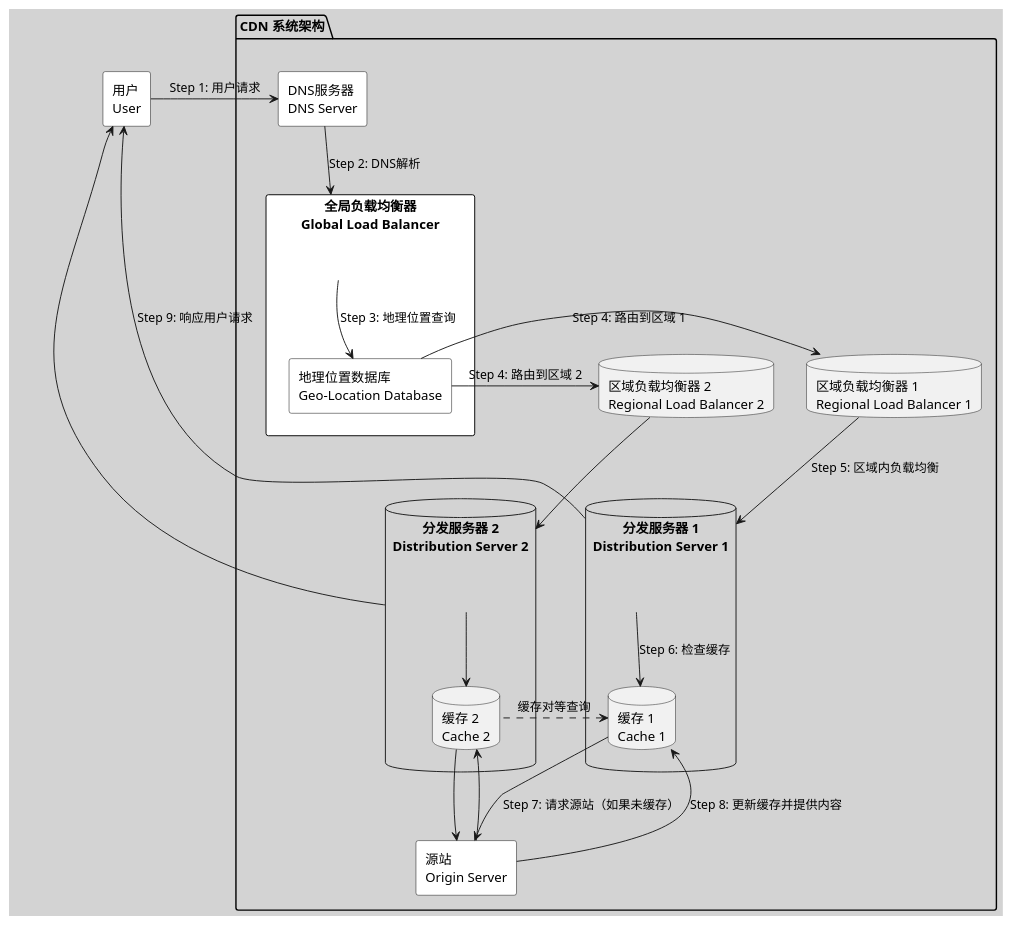
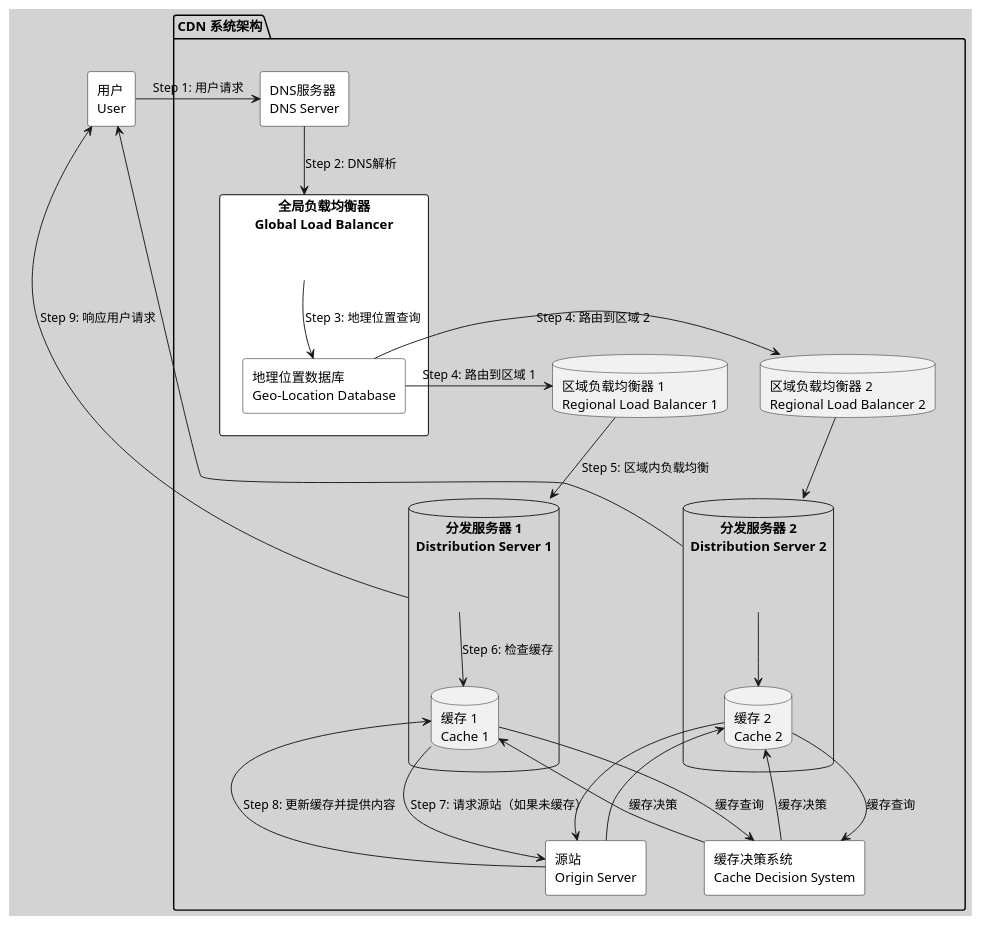
One commit to huangyingw/system_design changed the diagram in architecture_diagrams/cdn_architecture_diagram.puml. Above: the diagram before and after it, drawn with PlantUML.

```diff
--- a/architecture_diagrams/cdn_architecture_diagram.puml
+++ b/architecture_diagrams/cdn_architecture_diagram.puml
@@ -1,50 +1,53 @@
 @startuml
 skinparam backgroundColor #D3D3D3
 skinparam rectangle {
   BackgroundColor White
   BorderColor Black
   Shadowing false
 }
 
 package "CDN 系统架构" {
     RECTANGLE "源站\nOrigin Server" as Origin
     
     RECTANGLE "全局负载均衡器\nGlobal Load Balancer" as GLB {
         RECTANGLE "地理位置数据库\nGeo-Location Database" as GeoDB
     }
     
     DATABASE "区域负载均衡器 1\nRegional Load Balancer 1" as RLB1
     DATABASE "区域负载均衡器 2\nRegional Load Balancer 2" as RLB2
     
     DATABASE "分发服务器 1\nDistribution Server 1" as DS1 {
         DATABASE "缓存 1\nCache 1" as Cache1
     }
     
     DATABASE "分发服务器 2\nDistribution Server 2" as DS2 {
         DATABASE "缓存 2\nCache 2" as Cache2
     }
 
+    RECTANGLE "缓存决策系统\nCache Decision System" as CDS
     RECTANGLE "DNS服务器\nDNS Server" as DNSServer
 
     DNSServer -down-> GLB : "Step 2: DNS解析"
     GLB -down-> GeoDB : "Step 3: 地理位置查询"
     GeoDB -left-> RLB1 : "Step 4: 路由到区域 1"
     GeoDB -right-> RLB2 : "Step 4: 路由到区域 2"
     RLB1 -down-> DS1 : "Step 5: 区域内负载均衡"
     RLB2 -down-> DS2
     DS1 -down-> Cache1 : "Step 6: 检查缓存"
     DS2 -down-> Cache2
+    Cache1 -left-> CDS : "缓存查询"
+    Cache2 -right-> CDS : "缓存查询"
+    CDS -up-> Cache1 : "缓存决策"
+    CDS -up-> Cache2 : "缓存决策"
     Cache1 -down-> Origin : "Step 7: 请求源站（如果未缓存）"
     Cache2 -down-> Origin
     Origin -up-> Cache1 : "Step 8: 更新缓存并提供内容"
     Origin -up-> Cache2
-    Cache1 -[hidden]right-> Cache2
-    Cache2 -[dashed]left-> Cache1 : "缓存对等查询"
 }
 
 RECTANGLE "用户\nUser" as User
 User -right-> DNSServer : "Step 1: 用户请求"
 DS1 -up-> User : "Step 9: 响应用户请求"
 DS2 -up-> User
 
 @enduml
```
